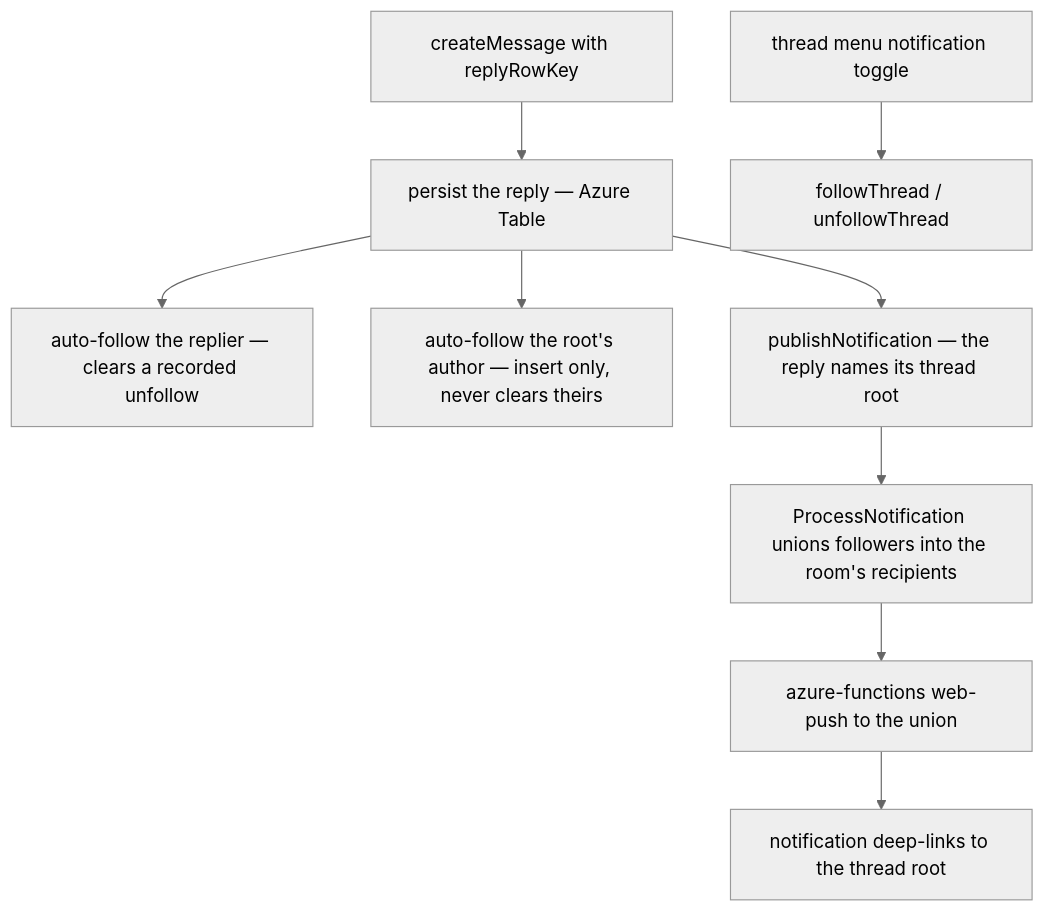
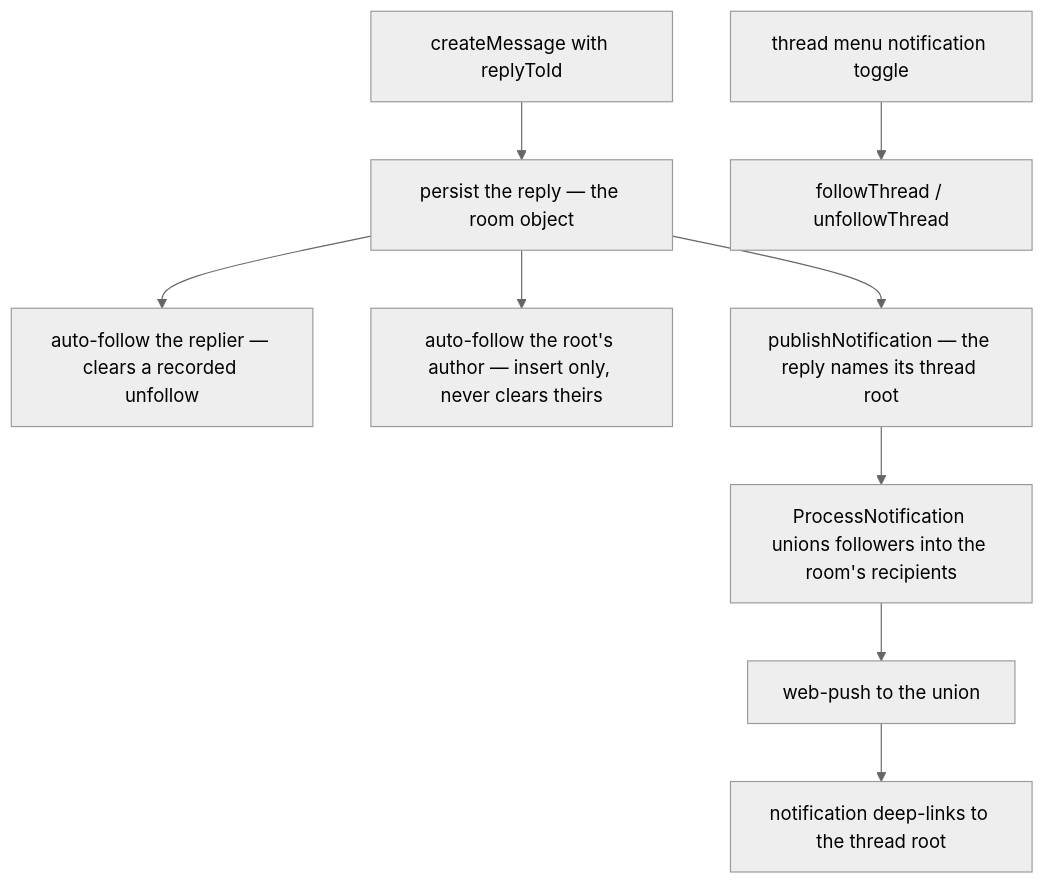
Before and after one commit to Esposter/Esposter: the diagram in openspec/specs/esbabbler/thread-follows/design.md, drawn with Mermaid (neutral theme). The commit also changed other lines of this file and 5 other files, not shown here.

First line of the commit message:
docs(esbabbler): messages live in the room object and D1, not Azure tables or Postgres

````diff
--- a/openspec/specs/esbabbler/thread-follows/design.md
+++ b/openspec/specs/esbabbler/thread-follows/design.md
@@ -9,11 +9,11 @@
 ```mermaid
 flowchart TD
-  R["createMessage with replyRowKey"] --> P["persist the reply — Azure Table"]
+  R["createMessage with replyToId"] --> P["persist the reply — the room object"]
   P --> AF["auto-follow the replier — clears a recorded unfollow"]
   P --> AR["auto-follow the root's author — insert only, never clears theirs"]
   P --> Q["publishNotification — the reply names its thread root"]
   Q --> E["ProcessNotification unions followers into the room's recipients"]
-  E --> F["azure-functions web-push to the union"]
+  E --> F["web-push to the union"]
   F --> D["notification deep-links to the thread root"]
   B["thread menu notification toggle"] --> FT["followThread / unfollowThread"]
 ```
````
